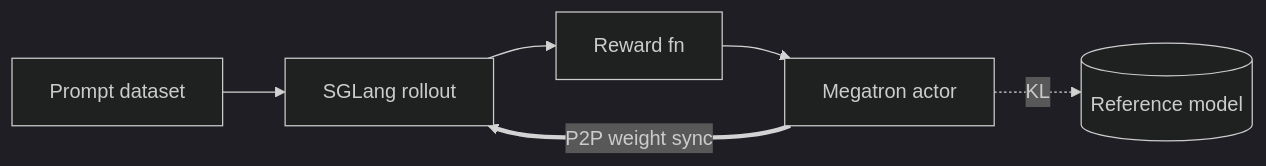
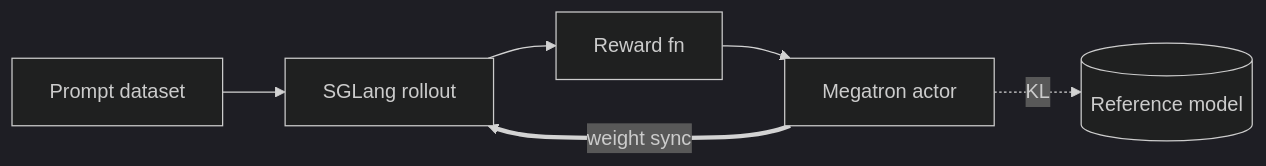
Before and after one commit to AndyDai-nv/miles: the diagram in docs/getting-started/quick-start.md, drawn with Mermaid (dark theme). The commit also changed other lines of this file, not shown here.

````diff
--- a/docs/getting-started/quick-start.md
+++ b/docs/getting-started/quick-start.md
@@ -77,8 +122,8 @@
 ```mermaid
 flowchart LR
     P[Prompt dataset] --> R[SGLang rollout]
     R --> RM[Reward fn]
     RM --> A[Megatron actor]
-    A == P2P weight sync ==> R
+    A == weight sync ==> R
     A -. KL .-> Ref[(Reference model)]
 ```
````
